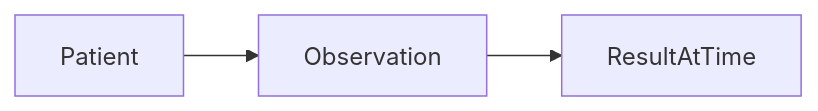
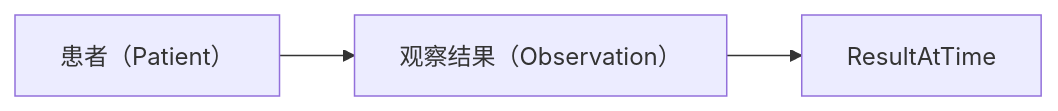
One commit to rexlin600/ontology_practice changed the diagram in days/Day-04.md. Above: the diagram before and after it, drawn with Mermaid. The commit also changed other lines of this file, not shown here.

````diff
--- a/days/Day-04.md
+++ b/days/Day-04.md
@@ -16,6 +31,6 @@
 ```mermaid
 flowchart LR
-  Patient["Patient"] --> Observation["Observation"]
-  Observation["Observation"] --> ResultAtTime["ResultAtTime"]
+  Patient["患者（Patient）"] --> Observation["观察结果（Observation）"]
+  Observation["观察结果（Observation）"] --> ResultAtTime["ResultAtTime"]
 
 ```
````
